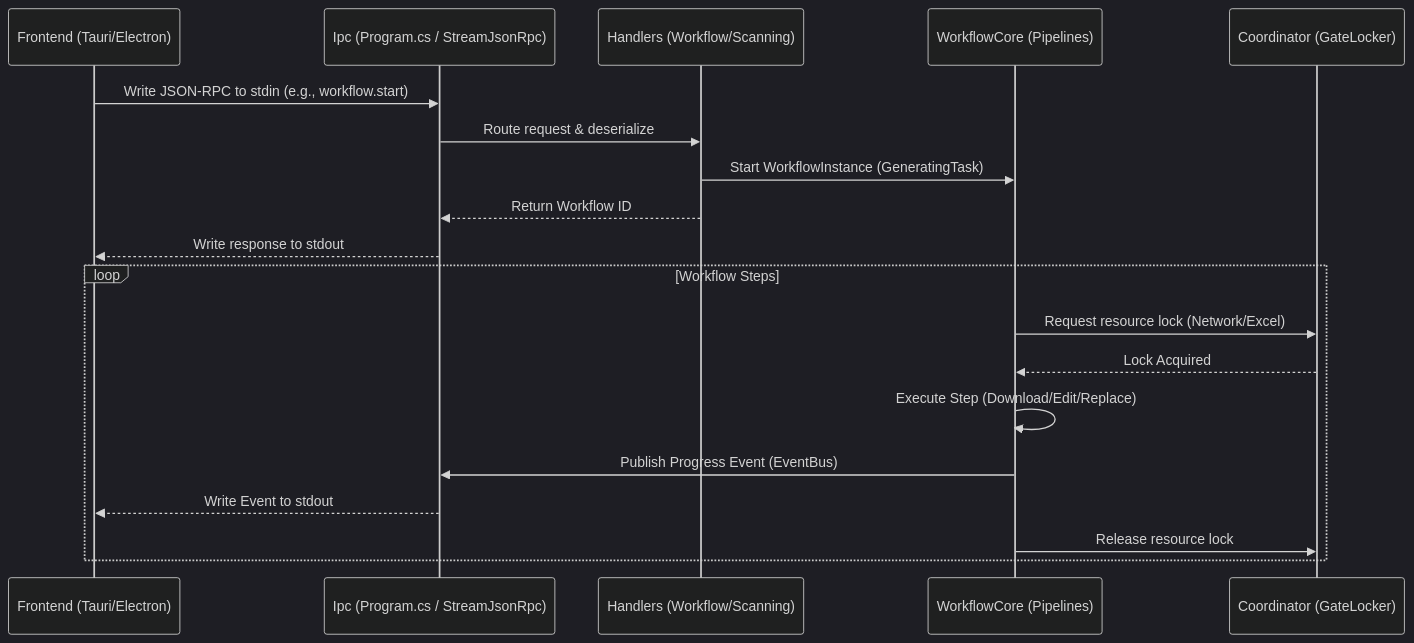
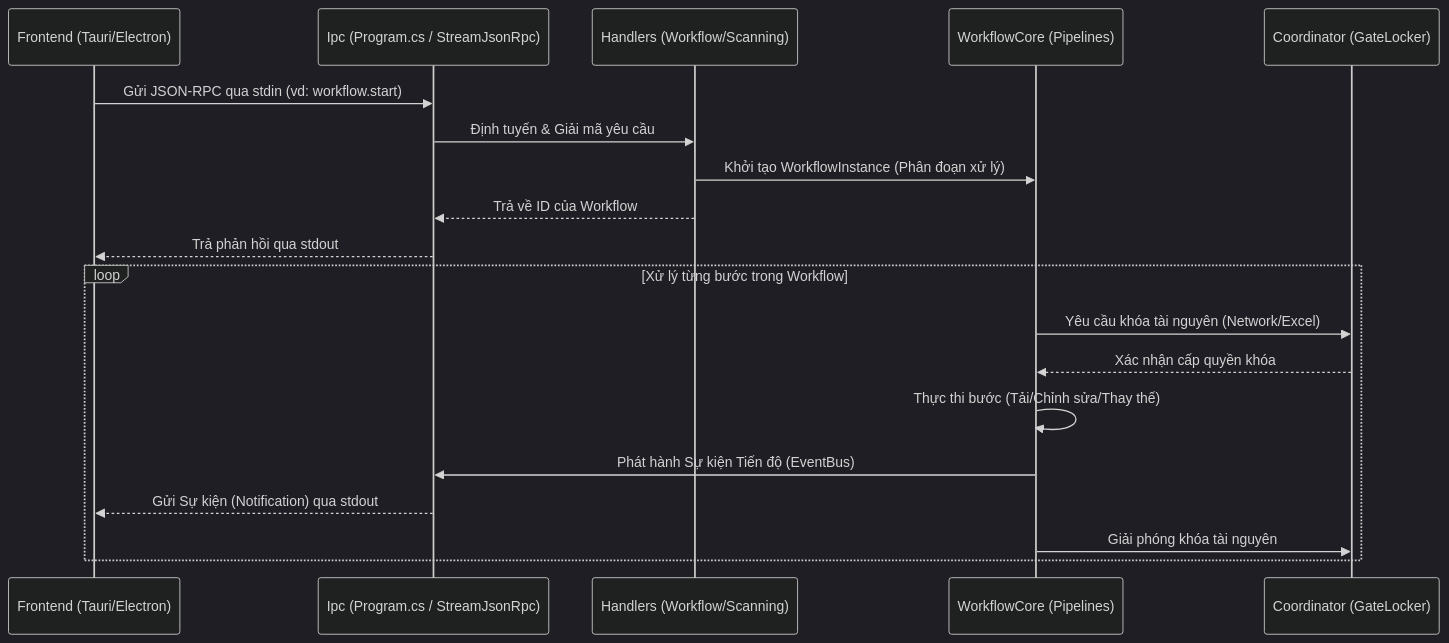
The diagram in Documents/Vie/ARCHITECTURE.md (thnhmai06/SlideGenerator), drawn with Mermaid (dark theme) before and after one commit. The commit also changed other lines of this file and 13 other files, not shown here.

````diff
--- a/Documents/Vie/ARCHITECTURE.md
+++ b/Documents/Vie/ARCHITECTURE.md
@@ -17,23 +19,23 @@
 ```mermaid
 sequenceDiagram
     participant Frontend as Frontend (Tauri/Electron)
     participant IPC as Ipc (Program.cs / StreamJsonRpc)
     participant Handler as Handlers (Workflow/Scanning)
     participant Engine as WorkflowCore (Pipelines)
     participant Coordinator as Coordinator (GateLocker)
     
-    Frontend->>IPC: Write JSON-RPC to stdin (e.g., workflow.start)
-    IPC->>Handler: Route request & deserialize
-    Handler->>Engine: Start WorkflowInstance (GeneratingTask)
-    Handler-->>IPC: Return Workflow ID
-    IPC-->>Frontend: Write response to stdout
+    Frontend->>IPC: Gửi JSON-RPC qua stdin (vd: workflow.start)
+    IPC->>Handler: Định tuyến & Giải mã yêu cầu
+    Handler->>Engine: Khởi tạo WorkflowInstance (Phân đoạn xử lý)
+    Handler-->>IPC: Trả về ID của Workflow
+    IPC-->>Frontend: Trả phản hồi qua stdout
     
-    loop Workflow Steps
-        Engine->>Coordinator: Request resource lock (Network/Excel)
-        Coordinator-->>Engine: Lock Acquired
-        Engine->>Engine: Execute Step (Download/Edit/Replace)
-        Engine->>IPC: Publish Progress Event (EventBus)
-        IPC-->>Frontend: Write Event to stdout
-        Engine->>Coordinator: Release resource lock
+    loop Xử lý từng bước trong Workflow
+        Engine->>Coordinator: Yêu cầu khóa tài nguyên (Network/Excel)
+        Coordinator-->>Engine: Xác nhận cấp quyền khóa
+        Engine->>Engine: Thực thi bước (Tải/Chỉnh sửa/Thay thế)
+        Engine->>IPC: Phát hành Sự kiện Tiến độ (EventBus)
+        IPC-->>Frontend: Gửi Sự kiện (Notification) qua stdout
+        Engine->>Coordinator: Giải phóng khóa tài nguyên
     end
 ```
````
